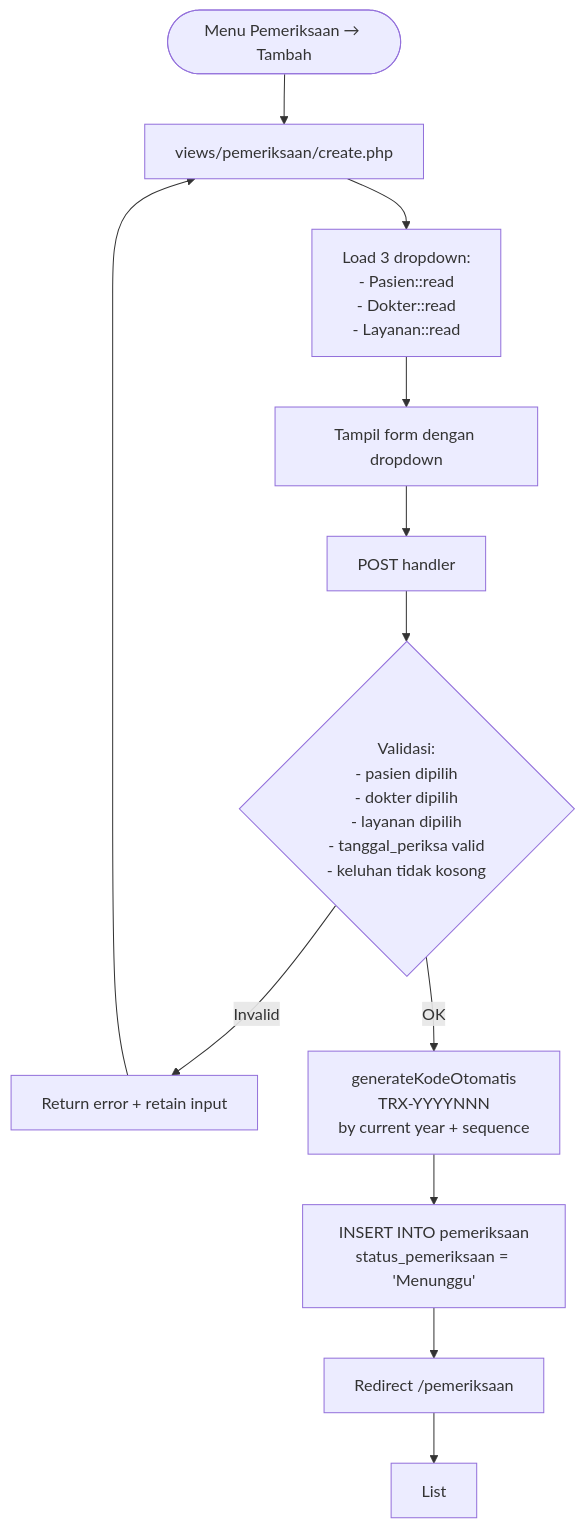
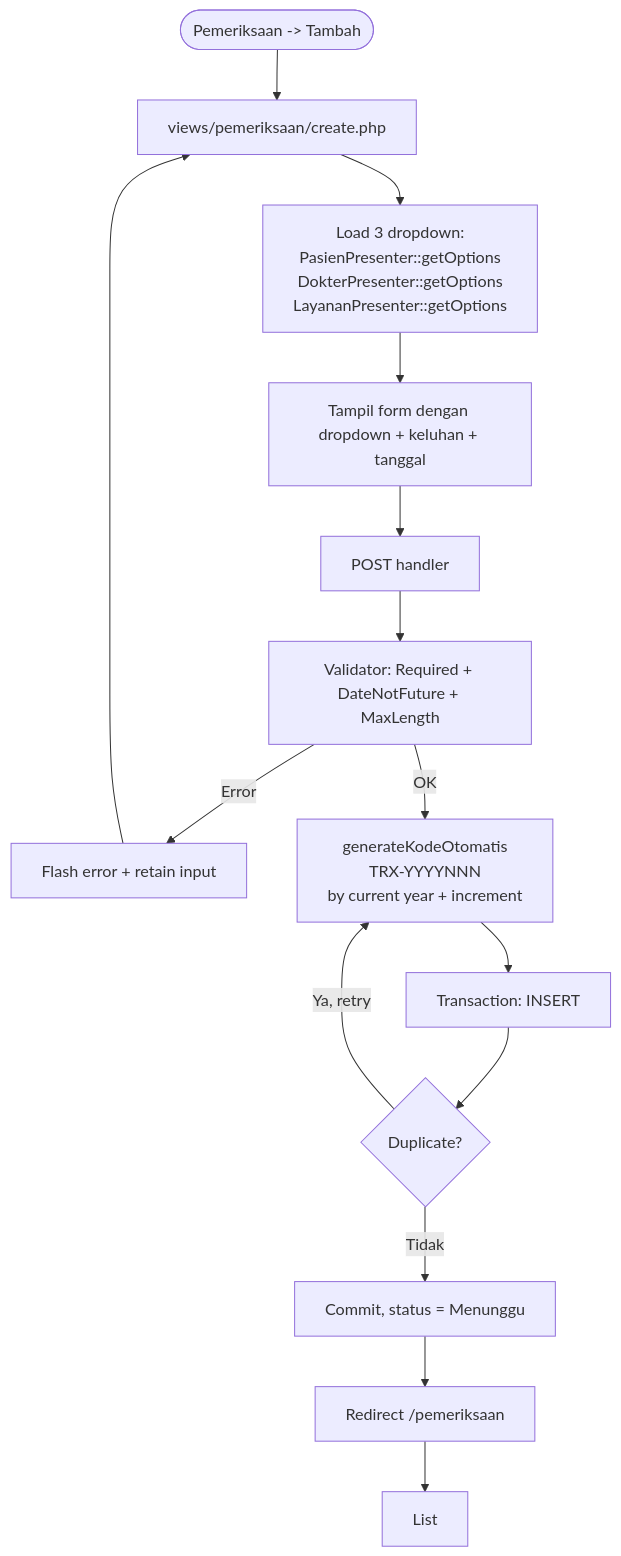
The sixth of 13 diagrams in docs/business-logic.md (TudeOrangBiasa/silk-swarakarna-uas), drawn with Mermaid before and after one commit. The commit also changed other lines of this file and 2 other files, not shown here.

First line of the commit message:
docs: rewrite README + architecture + business-logic (Caveman + Humanizer)

````diff
--- a/docs/business-logic.md
+++ b/docs/business-logic.md
@@ -126,14 +157,17 @@
 ```mermaid
 flowchart TD
-    Start([Menu Pemeriksaan → Tambah]) --> Form[views/pemeriksaan/create.php]
-    Form --> Load[Load 3 dropdown:<br/>- Pasien::read<br/>- Dokter::read<br/>- Layanan::read]
-    Load --> Show[Tampil form dengan dropdown]
+    Start([Pemeriksaan -> Tambah]) --> Form[views/pemeriksaan/create.php]
+    Form --> Load[Load 3 dropdown:<br/>PasienPresenter::getOptions<br/>DokterPresenter::getOptions<br/>LayananPresenter::getOptions]
+    Load --> Show[Tampil form dengan dropdown + keluhan + tanggal]
     Show --> Submit[POST handler]
-    Submit --> Validate{Validasi:<br/>- pasien dipilih<br/>- dokter dipilih<br/>- layanan dipilih<br/>- tanggal_periksa valid<br/>- keluhan tidak kosong}
-    Validate -->|Invalid| Err[Return error + retain input]
+    Submit --> Validate[Validator: Required + DateNotFuture + MaxLength]
+    Validate -->|Error| Err[Flash error + retain input]
     Err --> Form
-    Validate -->|OK| GenCode[generateKodeOtomatis<br/>TRX-YYYYNNN<br/>by current year + sequence]
-    GenCode --> Insert[INSERT INTO pemeriksaan<br/>status_pemeriksaan = 'Menunggu']
+    Validate -->|OK| GenCode[generateKodeOtomatis<br/>TRX-YYYYNNN<br/>by current year + increment]
+    GenCode --> TryInsert[Transaction: INSERT]
+    TryInsert --> Dup{Duplicate?}
+    Dup -->|Ya, retry| GenCode
+    Dup -->|Tidak| Insert[Commit, status = Menunggu]
     Insert --> Redirect[Redirect /pemeriksaan]
     Redirect --> List
 ```
````
